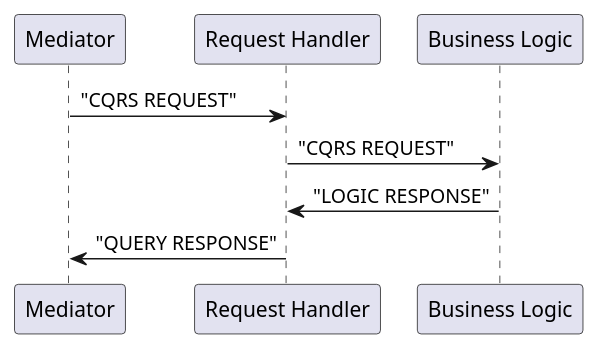
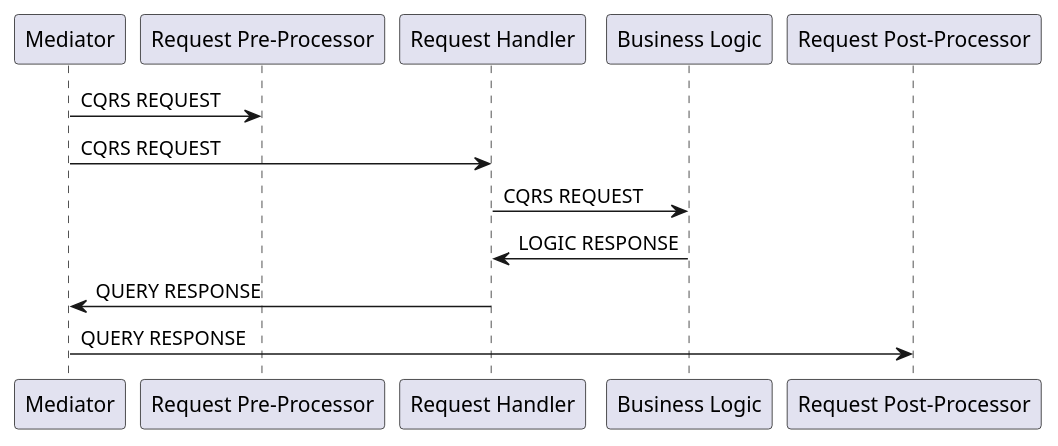
Before and after one commit to dpvreony/whipstaff: the third of 3 diagrams in src/docfx_project/index.md, drawn with PlantUML. The commit also changed other lines of this file, not shown here.

````diff
--- a/src/docfx_project/index.md
+++ b/src/docfx_project/index.md
@@ -52,8 +65,10 @@
 ```plantUml
 
-"Mediator" -> "Request Handler" : "CQRS REQUEST"
-"Request Handler" -> "Business Logic" : "CQRS REQUEST"
-"Business Logic" -> "Request Handler" : "LOGIC RESPONSE"
-"Request Handler" -> "Mediator" : "QUERY RESPONSE"
+"Mediator" -> "Request Pre-Processor" : CQRS REQUEST
+"Mediator" -> "Request Handler" : CQRS REQUEST
+"Request Handler" -> "Business Logic" : CQRS REQUEST
+"Business Logic" -> "Request Handler" : LOGIC RESPONSE
+"Request Handler" -> "Mediator" : QUERY RESPONSE
+"Mediator" -> "Request Post-Processor" : QUERY RESPONSE
 
 ```
````
